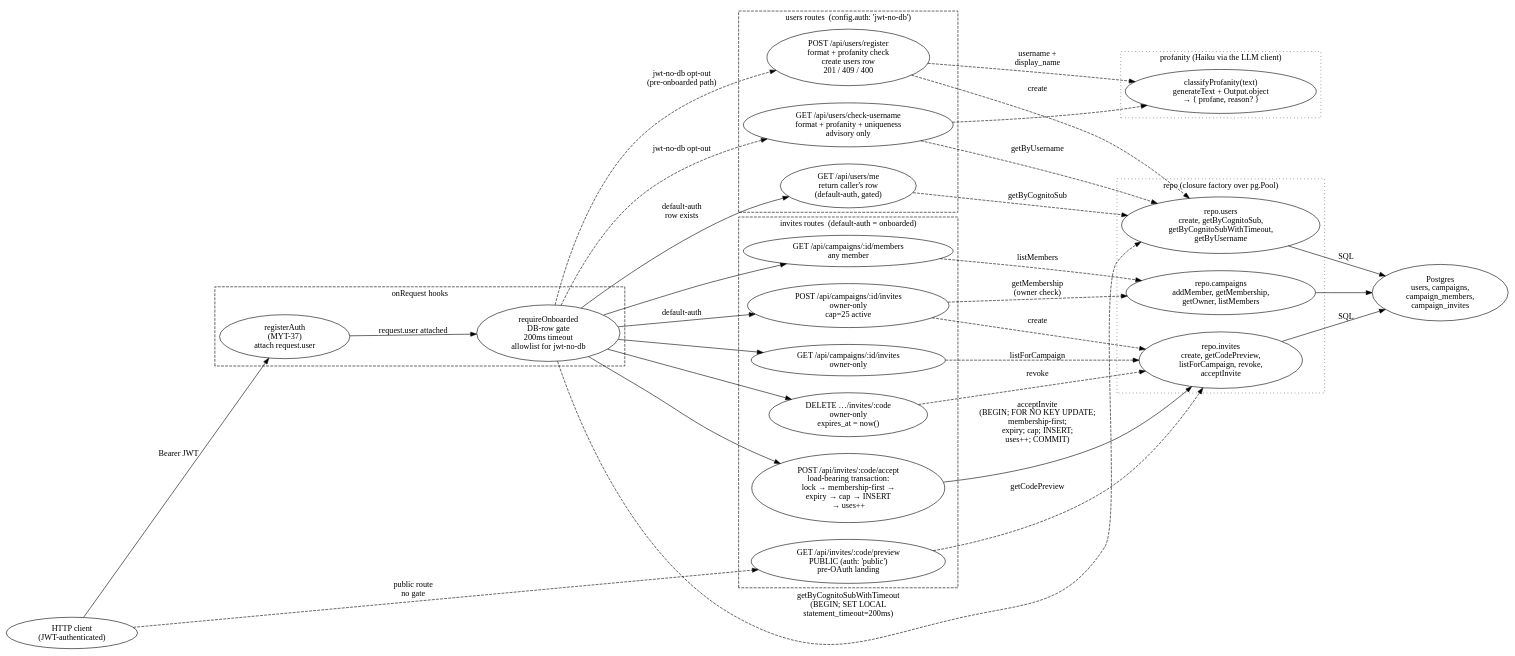
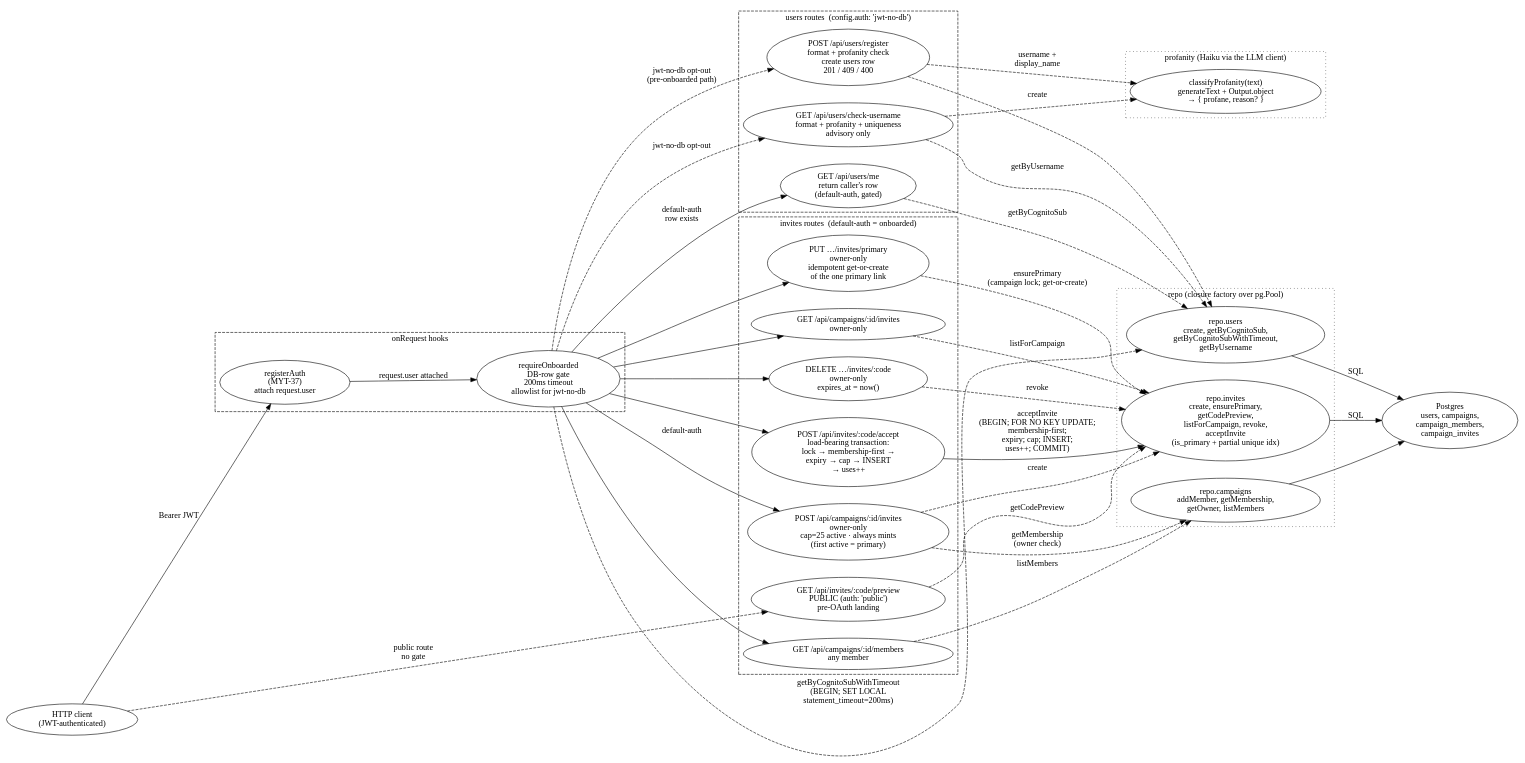
Before and after one commit to mythrun/mythrun: the diagram in docs/wiki/diagrams/auth-billing/onboarding.dot, drawn with Graphviz. The commit also changed 43 other files, not shown here.

```diff
--- a/docs/wiki/diagrams/auth-billing/onboarding.dot
+++ b/docs/wiki/diagrams/auth-billing/onboarding.dot
@@ -1,100 +1,103 @@
 digraph onboarding {
   // The first-login flow + the invite system. A signed-in player has a
   // verified Cognito JWT but no users row yet — requireOnboarded gates
   // every protected route on that row's existence; POST /api/users/register
   // is the one route allowed to create it. Invites then let one DM-owner
   // pull others into a campaign by sharing a 12-char code.
   rankdir=LR;
   compound=true;
   nodesep=0.4;
   ranksep=0.8;
 
   client [label="HTTP client\n(JWT-authenticated)", color="ember", fontcolor="ember"];
 
   subgraph cluster_gates {
     label="onRequest hooks";
     style="dashed";
     color="ember";
     fontcolor="ember";
 
     auth      [label="registerAuth\n(MYT-37)\nattach request.user"];
     onboarded [label="requireOnboarded\nDB-row gate\n200ms timeout\nallowlist for jwt-no-db"];
   }
 
   subgraph cluster_routes_users {
     label="users routes  (config.auth: 'jwt-no-db')";
     style="dashed";
     color="ember";
     fontcolor="ember";
 
     register [label="POST /api/users/register\nformat + profanity check\ncreate users row\n201 / 409 / 400"];
     check    [label="GET /api/users/check-username\nformat + profanity + uniqueness\nadvisory only"];
     me       [label="GET /api/users/me\nreturn caller's row\n(default-auth, gated)"];
   }
 
   subgraph cluster_routes_invites {
     label="invites routes  (default-auth = onboarded)";
     style="dashed";
     color="ember";
     fontcolor="ember";
 
-    invite_create  [label="POST /api/campaigns/:id/invites\nowner-only\ncap=25 active"];
+    invite_create  [label="POST /api/campaigns/:id/invites\nowner-only\ncap=25 active · always mints\n(first active = primary)"];
+    invite_primary [label="PUT …/invites/primary\nowner-only\nidempotent get-or-create\nof the one primary link"];
     invite_list    [label="GET /api/campaigns/:id/invites\nowner-only"];
     invite_revoke  [label="DELETE …/invites/:code\nowner-only\nexpires_at = now()"];
     invite_preview [label="GET /api/invites/:code/preview\nPUBLIC (auth: 'public')\npre-OAuth landing"];
     invite_accept  [label="POST /api/invites/:code/accept\nload-bearing transaction:\nlock → membership-first →\nexpiry → cap → INSERT\n→ uses++"];
     members        [label="GET /api/campaigns/:id/members\nany member"];
   }
 
   subgraph cluster_repo {
     label="repo (closure factory over pg.Pool)";
     style="dotted";
 
     users_repo    [label="repo.users\ncreate, getByCognitoSub,\ngetByCognitoSubWithTimeout,\ngetByUsername"];
-    invites_repo  [label="repo.invites\ncreate, getCodePreview,\nlistForCampaign, revoke,\nacceptInvite"];
+    invites_repo  [label="repo.invites\ncreate, ensurePrimary,\ngetCodePreview,\nlistForCampaign, revoke,\nacceptInvite\n(is_primary + partial unique idx)"];
     camps_repo    [label="repo.campaigns\naddMember, getMembership,\ngetOwner, listMembers"];
   }
 
   subgraph cluster_llm {
     label="profanity (Haiku via the LLM client)";
     style="dotted";
 
     profanity [label="classifyProfanity(text)\ngenerateText + Output.object\n→ { profane, reason? }"];
   }
 
   pg [label="Postgres\nusers, campaigns,\ncampaign_members,\ncampaign_invites", color="ember", fontcolor="ember"];
 
   // Per-request flow
   client -> auth        [label="Bearer JWT"];
   auth   -> onboarded   [label="request.user attached"];
   onboarded -> register [label="jwt-no-db opt-out\n(pre-onboarded path)", style=dashed];
   onboarded -> check    [label="jwt-no-db opt-out", style=dashed];
   onboarded -> me       [label="default-auth\nrow exists"];
   onboarded -> invite_create  [label="default-auth"];
+  onboarded -> invite_primary [label=""];
   onboarded -> invite_list    [label=""];
   onboarded -> invite_revoke  [label=""];
   onboarded -> invite_accept  [label=""];
   onboarded -> members        [label=""];
   client    -> invite_preview [label="public route\nno gate", style=dashed];
 
   // Route → repo
   register       -> users_repo   [label="create", style=dashed];
   register       -> profanity    [label="username +\ndisplay_name", style=dashed];
   check          -> users_repo   [label="getByUsername", style=dashed];
   check          -> profanity    [label="", style=dashed];
   me             -> users_repo   [label="getByCognitoSub", style=dashed];
   invite_create  -> camps_repo   [label="getMembership\n(owner check)", style=dashed];
   invite_create  -> invites_repo [label="create", style=dashed];
+  invite_primary -> invites_repo [label="ensurePrimary\n(campaign lock; get-or-create)", style=dashed];
   invite_list    -> invites_repo [label="listForCampaign", style=dashed];
   invite_revoke  -> invites_repo [label="revoke", style=dashed];
   invite_preview -> invites_repo [label="getCodePreview", style=dashed];
   invite_accept  -> invites_repo [label="acceptInvite\n(BEGIN; FOR NO KEY UPDATE;\nmembership-first;\nexpiry; cap; INSERT;\nuses++; COMMIT)"];
   members        -> camps_repo   [label="listMembers", style=dashed];
 
   users_repo   -> pg [label="SQL"];
   invites_repo -> pg [label="SQL"];
   camps_repo   -> pg [label=""];
 
   // requireOnboarded itself reads
   onboarded -> users_repo [label="getByCognitoSubWithTimeout\n(BEGIN; SET LOCAL\nstatement_timeout=200ms)", style=dashed];
 }
```
